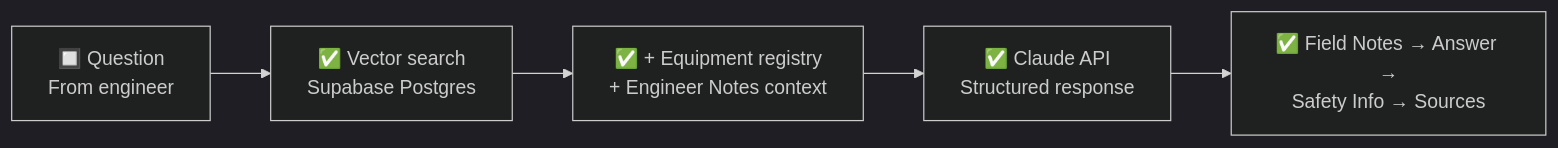
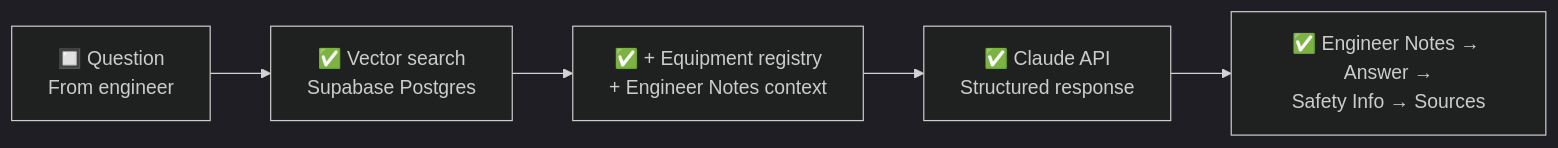
One commit to DaveBarberSHV/vessel-maintenance-platform changed the second of 3 diagrams in docs/architecture.md. Above: the diagram before and after it, drawn with Mermaid (dark theme). The commit also changed other lines of this file and 4 other files, not shown here.

Commit message:
Tidy documentation: fix Field Notes -> Engineer Notes terminology throughout, mark equipment dropdown scaling as genuinely resolved with real proof and lessons learned. Also commit the equipment dropdown system-grouping code and diagnostic tool that were built earlier today but never pushed.

````diff
--- a/docs/architecture.md
+++ b/docs/architecture.md
@@ -154,7 +164,7 @@
 ```mermaid
 flowchart LR
     A["🔲 Question<br/>From engineer"] --> B["✅ Vector search<br/>Supabase Postgres"]
     B --> C["✅ + Equipment registry<br/>+ Engineer Notes context"]
     C --> D["✅ Claude API<br/>Structured response"]
-    D --> E["✅ Field Notes → Answer →<br/>Safety Info → Sources"]
+    D --> E["✅ Engineer Notes → Answer →<br/>Safety Info → Sources"]
 ```
````
